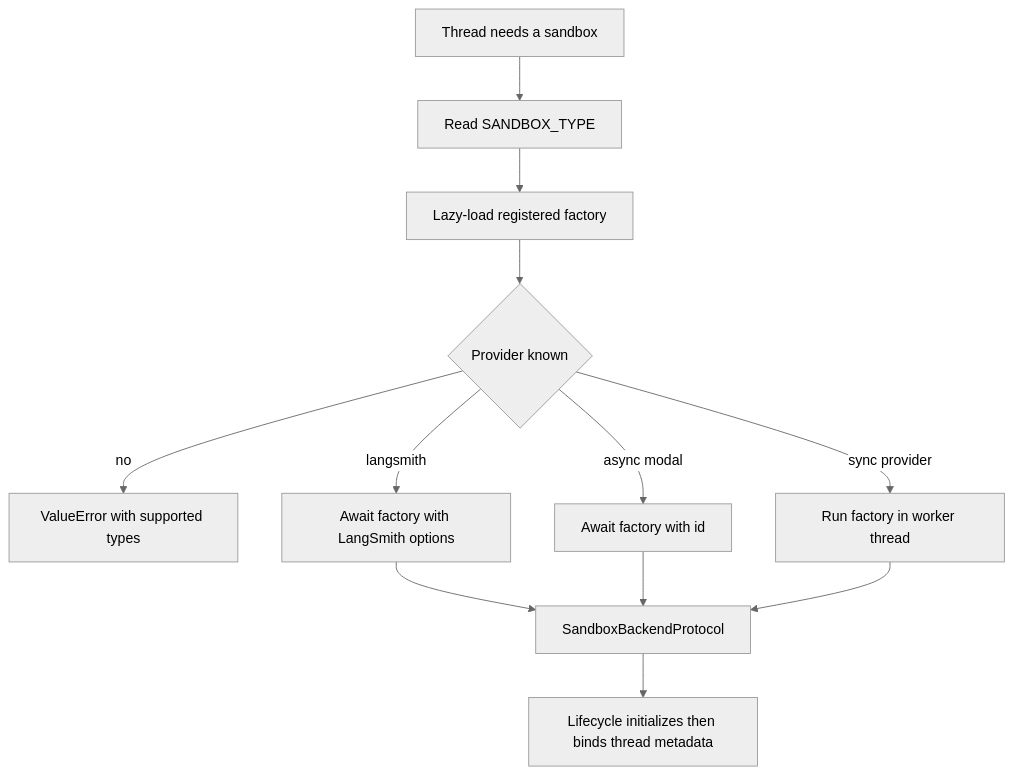
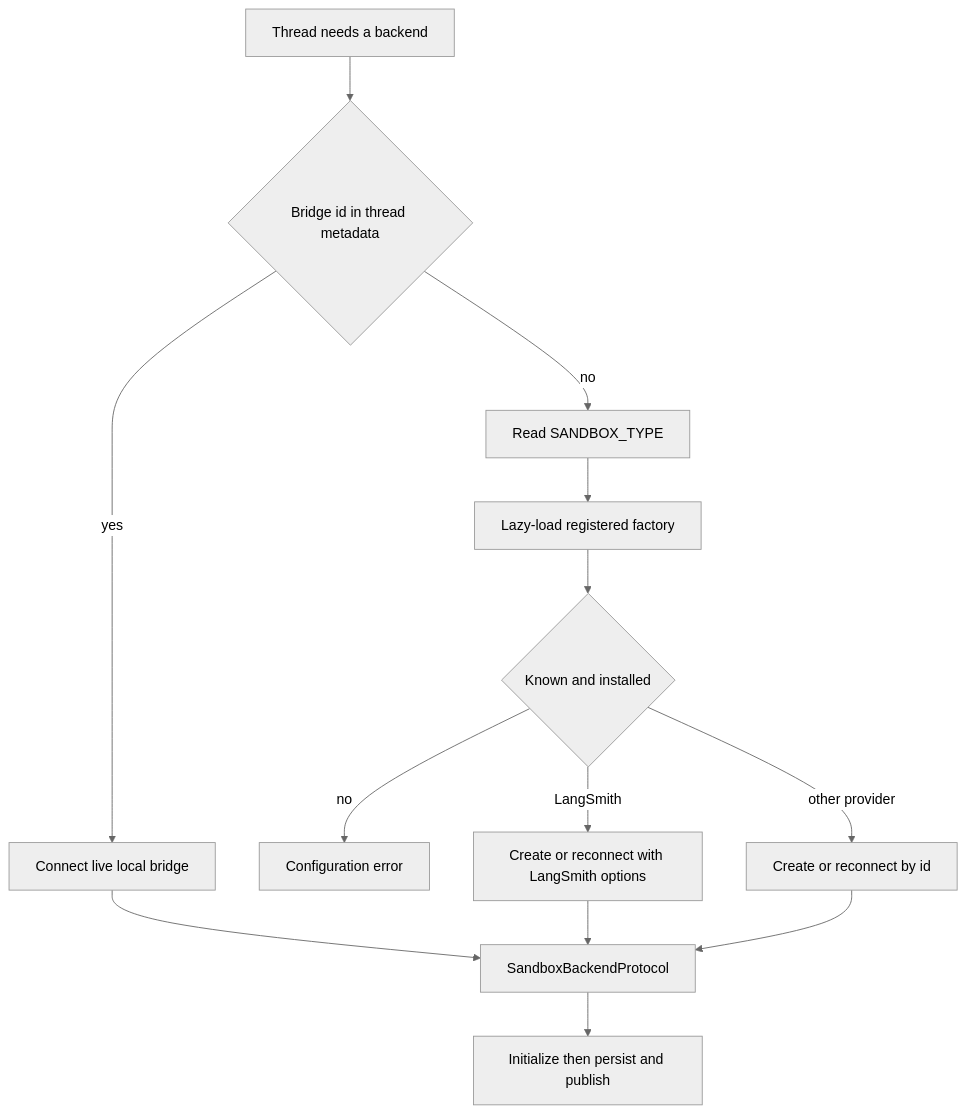
Before and after one commit to langchain-ai/open-swe: the diagram in openwiki/integrations/sandbox-providers.md, drawn with Mermaid (neutral theme). The commit also changed other lines of this file and 51 other files, not shown here.

````diff
--- a/openwiki/integrations/sandbox-providers.md
+++ b/openwiki/integrations/sandbox-providers.md
@@ -59,14 +57,15 @@
 ```mermaid
 flowchart TD
-    Request["Thread needs a sandbox"] --> Select["Read SANDBOX_TYPE"]
-    Select --> Lookup["Lazy-load registered factory"]
-    Lookup --> Known{"Provider known"}
-    Known -->|"no"| Invalid["ValueError with supported types"]
-    Known -->|"langsmith"| LS["Await factory with LangSmith options"]
-    Known -->|"async modal"| Modal["Await factory with id"]
-    Known -->|"sync provider"| Worker["Run factory in worker thread"]
-    LS --> Backend["SandboxBackendProtocol"]
-    Modal --> Backend
-    Worker --> Backend
-    Backend --> Bind["Lifecycle initializes then binds thread metadata"]
+    Need["Thread needs a backend"] --> Bound{"Bridge id in thread metadata"}
+    Bound -->|"yes"| ConnectBridge["Connect live local bridge"]
+    Bound -->|"no"| Select["Read SANDBOX_TYPE"]
+    Select --> Load["Lazy-load registered factory"]
+    Load --> Valid{"Known and installed"}
+    Valid -->|"no"| ConfigError["Configuration error"]
+    Valid -->|"LangSmith"| Managed["Create or reconnect with LangSmith options"]
+    Valid -->|"other provider"| Factory["Create or reconnect by id"]
+    ConnectBridge --> Backend["SandboxBackendProtocol"]
+    Managed --> Backend
+    Factory --> Backend
+    Backend --> Bind["Initialize then persist and publish"]
 ```
````
